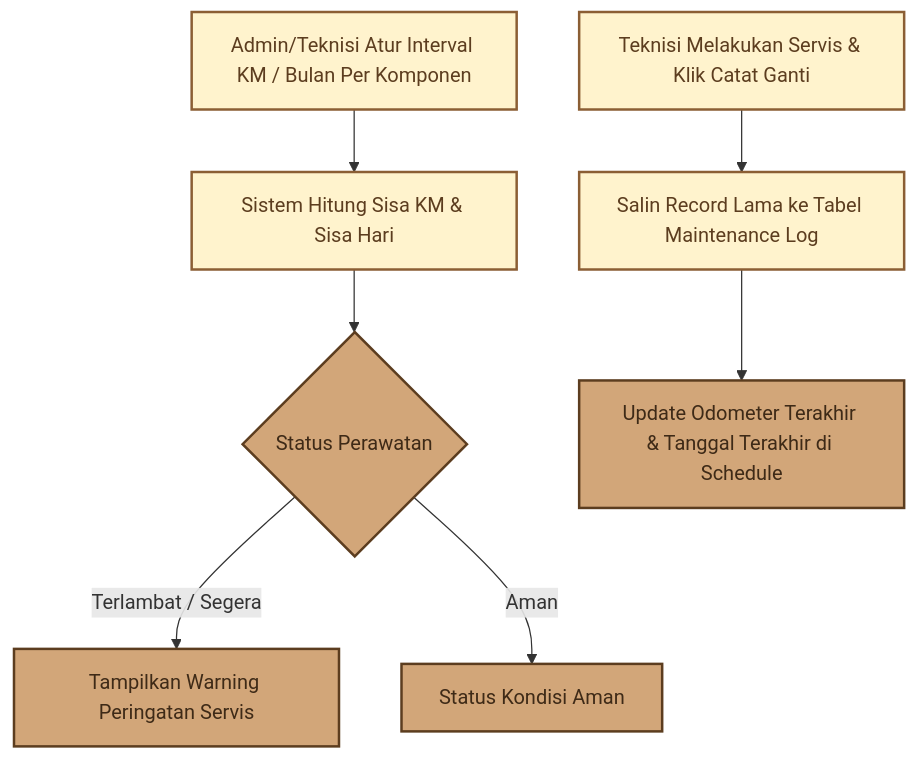
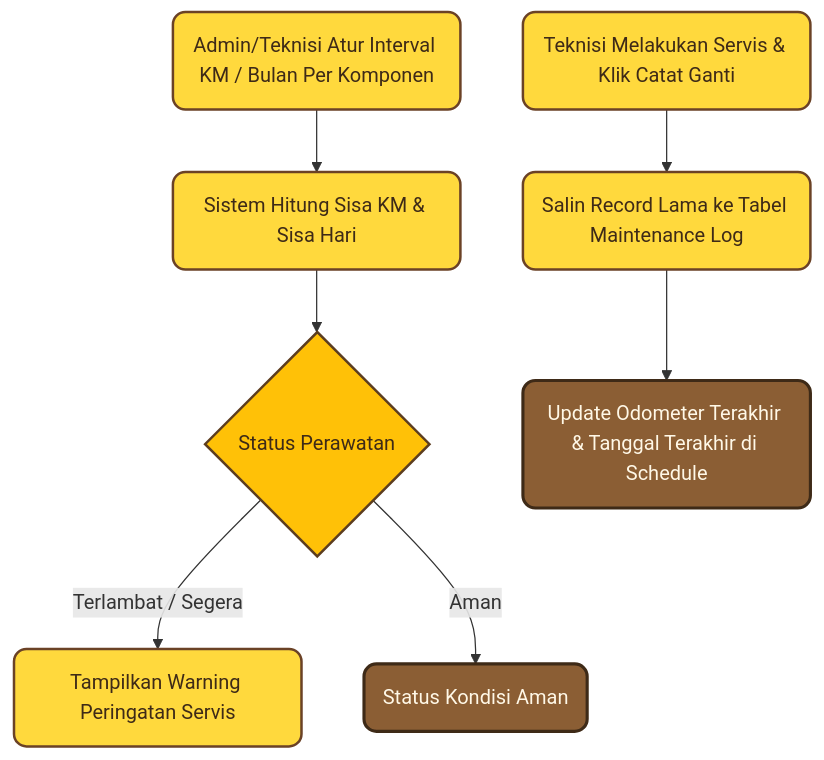
One commit to nazwasalsabila181718-droid/manajemen_perawatan changed the seventh of 13 diagrams in docs/DOKUMENTASI_MODULE_SISTEM.md. Above: the diagram before and after it, drawn with Mermaid. The commit also changed other lines of this file, not shown here.

Commit message:
style: modernisasi diagram mermaid dengan tema kuning cerah rounded

````diff
--- a/docs/DOKUMENTASI_MODULE_SISTEM.md
+++ b/docs/DOKUMENTASI_MODULE_SISTEM.md
@@ -192,15 +202,17 @@
 ```mermaid
 flowchart TD
-    classDef default fill:#FFF3CD,stroke:#8B5E34,stroke-width:2px,color:#5C3D1F;
-    classDef highlight fill:#D2A679,stroke:#5C3D1F,stroke-width:2px,color:#3E2A17;
+    A(Admin/Teknisi Atur Interval KM / Bulan Per Komponen) --> B(Sistem Hitung Sisa KM & Sisa Hari)
+    B --> C{Status Perawatan}
+    C -- Terlambat / Segera --> D(Tampilkan Warning Peringatan Servis)
+    C -- Aman --> E(Status Kondisi Aman)
+    F(Teknisi Melakukan Servis & Klik Catat Ganti) --> G(Salin Record Lama ke Tabel Maintenance Log)
+    G --> H(Update Odometer Terakhir & Tanggal Terakhir di Schedule)
 
-    A[Admin/Teknisi Atur Interval KM / Bulan Per Komponen] --> B[Sistem Hitung Sisa KM & Sisa Hari]
-    B --> C{Status Perawatan}
-    C -- Terlambat / Segera --> D[Tampilkan Warning Peringatan Servis]
-    C -- Aman --> E[Status Kondisi Aman]
-    F[Teknisi Melakukan Servis & Klik Catat Ganti] --> G[Salin Record Lama ke Tabel Maintenance Log]
-    G --> H[Update Odometer Terakhir & Tanggal Terakhir di Schedule]
+    classDef default fill:#FFD93D,stroke:#6B4226,stroke-width:2px,color:#3E2A17,rx:10,ry:10;
+    classDef highlight fill:#8B5E34,stroke:#3E2A17,stroke-width:2.5px,color:#FFF8E7,rx:10,ry:10;
+    classDef decision fill:#FFC107,stroke:#5C3D1F,stroke-width:2px,color:#3E2A17;
 
-    class A,B,F,G default;
-    class C,D,E,H highlight;
+    class A,B,D,F,G default;
+    class E,H highlight;
+    class C decision;
 ```
````
